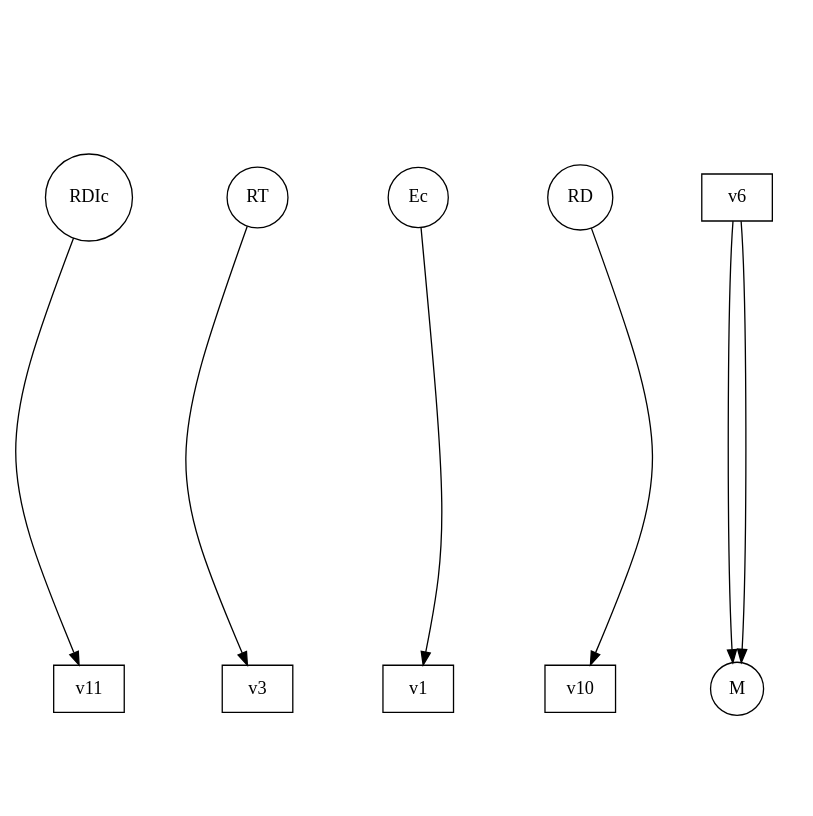
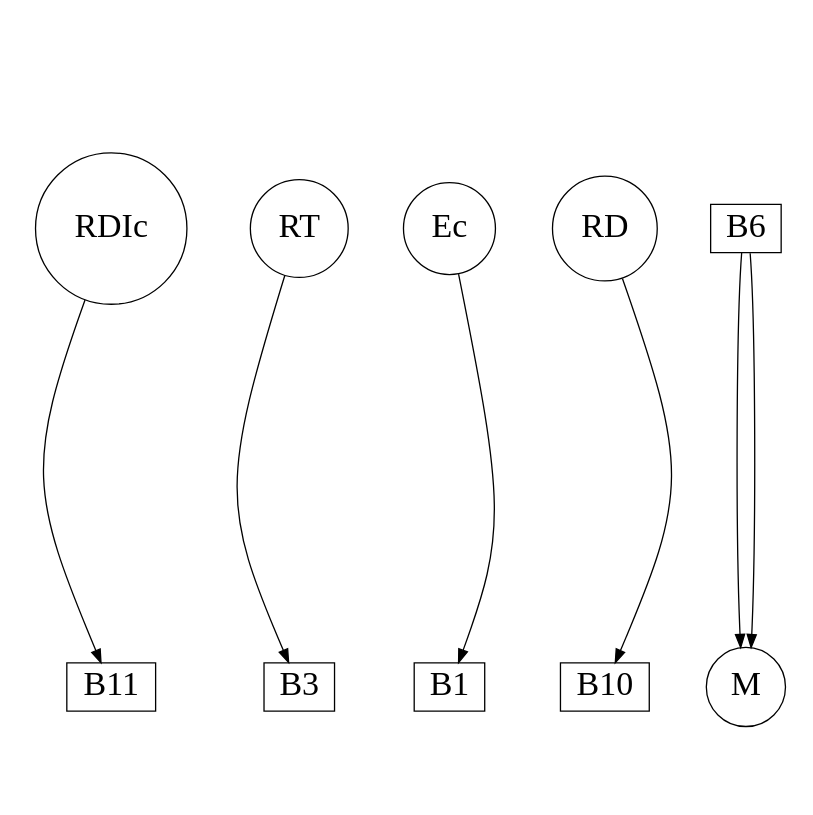
One commit to gratelpy/gratelpy-supplementary-information changed the diagram in cdc42_network_in_yeast/order_5/goryachev_model_order_5_frag_32_sg_2.dot. Above: the diagram before and after it, drawn with Graphviz. The commit also changed 618 other files, not shown here.

```diff
--- a/cdc42_network_in_yeast/order_5/goryachev_model_order_5_frag_32_sg_2.dot
+++ b/cdc42_network_in_yeast/order_5/goryachev_model_order_5_frag_32_sg_2.dot
@@ -1,24 +1,23 @@
 strict digraph G {
 remincross="true";
 ratio="fill";
 splines="curved";
 overlap="true";
-fontsize="26";
 size="8.3,8.3";
-RDIc [shape="circle", pos="400.0,0.0!"];
-RT [shape="circle", pos="80.0,240.0!"];
-Ec [shape="circle", pos="-40.0,320.0!"];
-v11 [shape="box", pos="420.0,80.0!"];
-v10 [shape="box", pos="160.0,80.0!"];
-v6 [shape="box", pos="260.0,240.0!"];
-v3 [shape="box", pos="200.0,280.0!"];
-RD [shape="circle", pos="200.0,160.0!"];
-v1 [shape="box", pos="-40.0,200.0!"];
-M [shape="circle", pos="260.0,360.0!"];
-Ec -> v1;
-RT -> v3;
-RD -> v10;
-v6 -> M;
-RDIc -> v11;
-M -> v6;
+RDIc [shape="circle", fontsize=26, pos="400.0,0.0!"];
+RT [shape="circle", fontsize=26, pos="80.0,240.0!"];
+Ec [shape="circle", fontsize=26, pos="-40.0,320.0!"];
+B11 [shape="box", fontsize=26, pos="420.0,80.0!"];
+B10 [shape="box", fontsize=26, pos="160.0,80.0!"];
+B6 [shape="box", fontsize=26, pos="260.0,240.0!"];
+B3 [shape="box", fontsize=26, pos="200.0,280.0!"];
+RD [shape="circle", fontsize=26, pos="200.0,160.0!"];
+B1 [shape="box", fontsize=26, pos="-40.0,200.0!"];
+M [shape="circle", fontsize=26, pos="260.0,360.0!"];
+Ec -> B1;
+RT -> B3;
+RD -> B10;
+B6 -> M;
+RDIc -> B11;
+M -> B6;
 }
```
